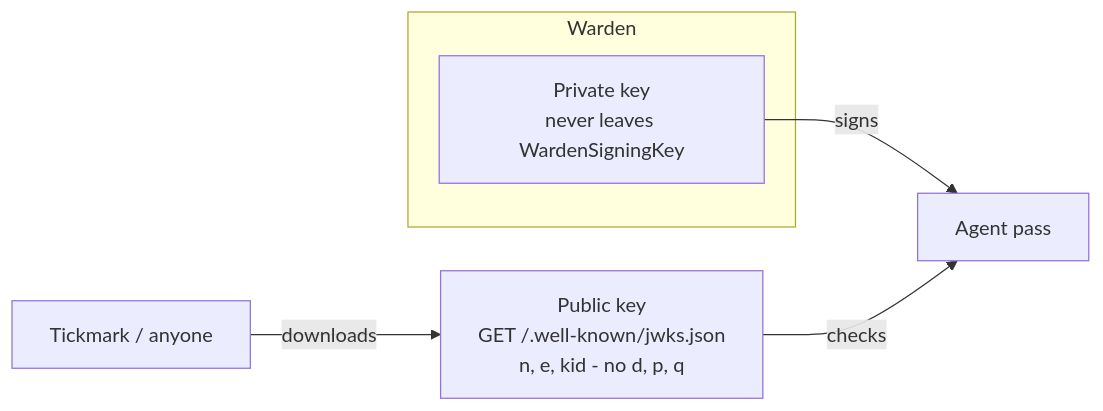
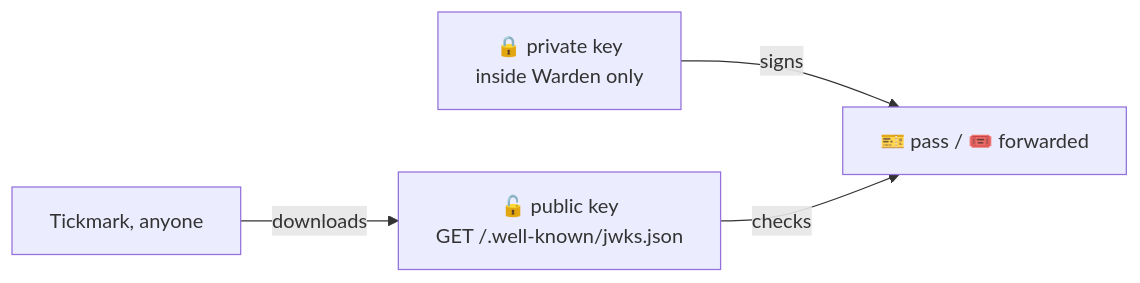
Before and after one commit to musishere/Warden-tickmark: the seventh of 24 diagrams in warden/docs/how-it-works.md, drawn with Mermaid. The commit also changed other lines of this file and 16 other files, not shown here.

````diff
--- a/warden/docs/how-it-works.md
+++ b/warden/docs/how-it-works.md
@@ -286,9 +322,6 @@
 ```mermaid
 flowchart LR
-    subgraph Warden
-        Priv[Private key<br/>never leaves WardenSigningKey]
-    end
-    Priv -->|signs| PassT[Agent pass]
-    Pub[Public key<br/>GET /.well-known/jwks.json<br/>n, e, kid - no d, p, q] -->|checks| PassT
-    Anyone[Tickmark / anyone] -->|downloads| Pub
+    Priv["🔒 private key<br/>inside Warden only"] -->|signs| P["🎫 pass / 🎟️ forwarded"]
+    Pub["🔓 public key<br/>GET /.well-known/jwks.json"] -->|checks| P
+    Anyone["Tickmark, anyone"] -->|downloads| Pub
 ```
````
